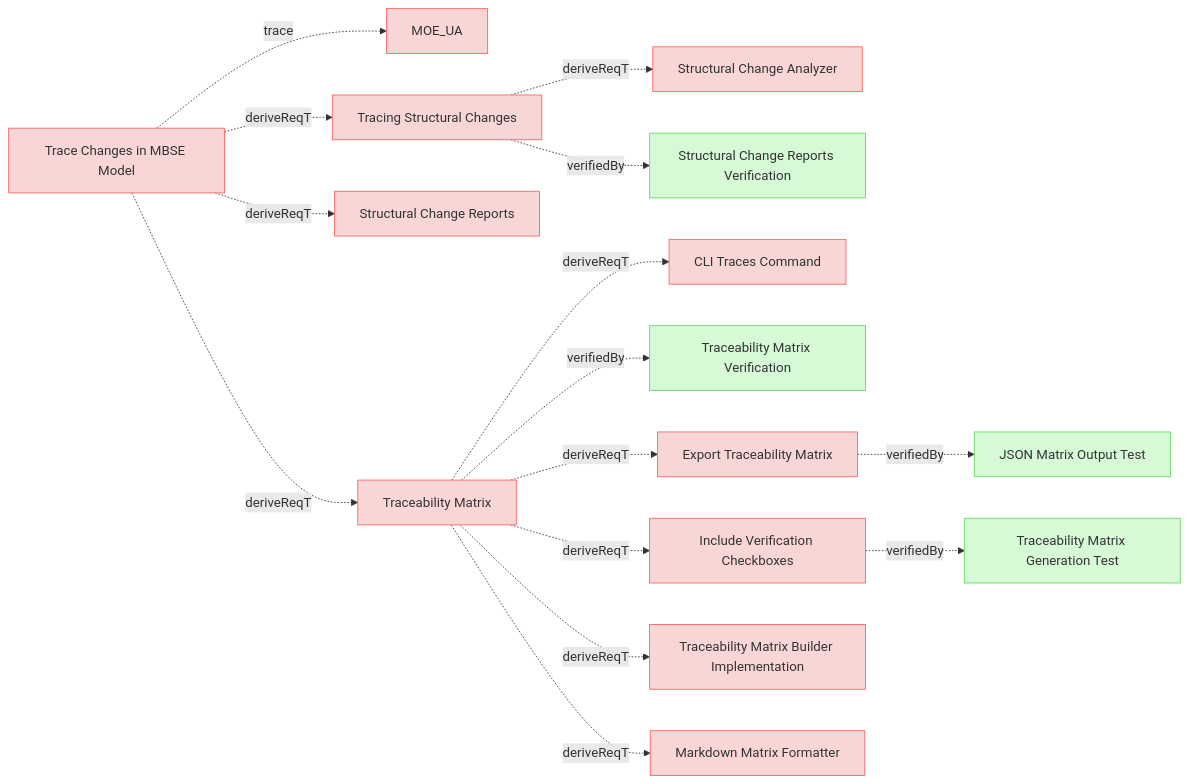
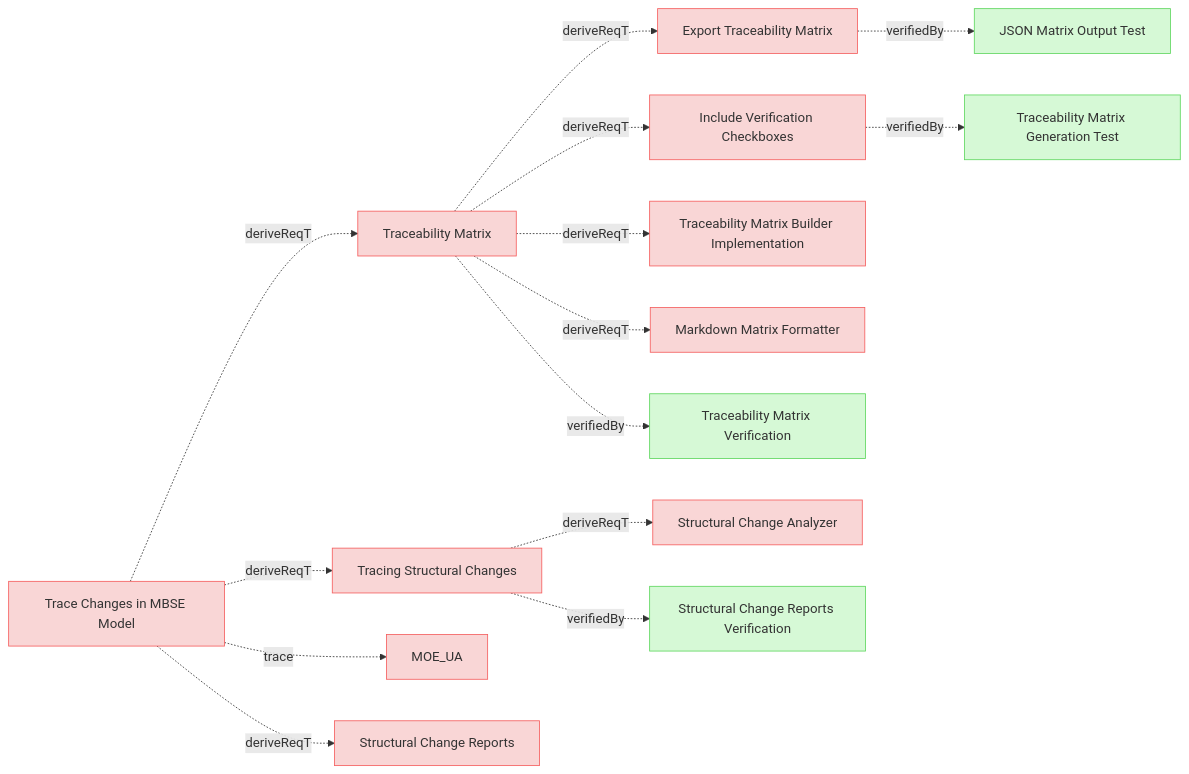
Before and after one commit to reqvire-org/reqvire: the sixth of 9 diagrams in specifications/UserRequirements.md, drawn with Mermaid. The commit also changed other lines of this file and 31 other files, not shown here.

````diff
--- a/specifications/UserRequirements.md
+++ b/specifications/UserRequirements.md
@@ -808,69 +824,65 @@
 ```mermaid
 graph LR;
   %% REQVIRE-AUTOGENERATED-DIAGRAM
   %% Graph styling
   classDef requirement fill:#f9d6d6,stroke:#f55f5f,stroke-width:1px;
   classDef verification fill:#d6f9d6,stroke:#5fd75f,stroke-width:1px;
   classDef externalLink fill:#d0e0ff,stroke:#3080ff,stroke-width:1px;
   classDef default fill:#f5f5f5,stroke:#333333,stroke-width:1px;
 
   7de9a55d6102af23["Export Traceability Matrix"];
   class 7de9a55d6102af23 requirement;
   click 7de9a55d6102af23 "UserRequirements.md#export-traceability-matrix";
   50c290277850dd17["JSON Matrix Output Test"];
   class 50c290277850dd17 verification;
   click 50c290277850dd17 "Verifications/TreacibilityMatrix.md#json-matrix-output-test";
   7de9a55d6102af23 -.->|verifiedBy| 50c290277850dd17;
   6d32b919c82784b7["Include Verification Checkboxes"];
   class 6d32b919c82784b7 requirement;
   click 6d32b919c82784b7 "UserRequirements.md#include-verification-checkboxes";
   aa85c85e7c41d899["Traceability Matrix Generation Test"];
   class aa85c85e7c41d899 verification;
   click aa85c85e7c41d899 "Verifications/TreacibilityMatrix.md#traceability-matrix-generation-test";
   6d32b919c82784b7 -.->|verifiedBy| aa85c85e7c41d899;
+  4e30ea0930dc9c26["Traceability Matrix"];
+  class 4e30ea0930dc9c26 requirement;
+  click 4e30ea0930dc9c26 "UserRequirements.md#traceability-matrix";
+  4e30ea0930dc9c26 -.->|deriveReqT| 7de9a55d6102af23;
+  4e30ea0930dc9c26 -.->|deriveReqT| 6d32b919c82784b7;
+  b55d8517cd3e58["Traceability Matrix Builder Implementation"];
+  class b55d8517cd3e58 requirement;
+  click b55d8517cd3e58 "SystemRequirements/Requirements.md#traceability-matrix-builder-implementation";
+  4e30ea0930dc9c26 -.->|deriveReqT| b55d8517cd3e58;
+  1b7491b67a792bc9["Markdown Matrix Formatter"];
+  class 1b7491b67a792bc9 requirement;
+  click 1b7491b67a792bc9 "SystemRequirements/Requirements.md#markdown-matrix-formatter";
+  4e30ea0930dc9c26 -.->|deriveReqT| 1b7491b67a792bc9;
+  11c3285e74c8d60b["Traceability Matrix Verification"];
+  class 11c3285e74c8d60b verification;
+  click 11c3285e74c8d60b "Verifications/ChangeImpactTests.md#traceability-matrix-verification";
+  4e30ea0930dc9c26 -.->|verifiedBy| 11c3285e74c8d60b;
   d7b7b13a5b8d96e1["Tracing Structural Changes"];
   class d7b7b13a5b8d96e1 requirement;
   click d7b7b13a5b8d96e1 "UserRequirements.md#tracing-structural-changes";
   d34d7e14d2a235a2["Structural Change Analyzer"];
   class d34d7e14d2a235a2 requirement;
   click d34d7e14d2a235a2 "SystemRequirements/Requirements.md#structural-change-analyzer";
   d7b7b13a5b8d96e1 -.->|deriveReqT| d34d7e14d2a235a2;
   b0e8adb6596a35e7["Structural Change Reports Verification"];
   class b0e8adb6596a35e7 verification;
   click b0e8adb6596a35e7 "Verifications/ChangeImpactTests.md#structural-change-reports-verification";
   d7b7b13a5b8d96e1 -.->|verifiedBy| b0e8adb6596a35e7;
-  4e30ea0930dc9c26["Traceability Matrix"];
-  class 4e30ea0930dc9c26 requirement;
-  click 4e30ea0930dc9c26 "UserRequirements.md#traceability-matrix";
-  5bfc0d5fd7bba25["CLI Traces Command"];
-  class 5bfc0d5fd7bba25 requirement;
-  click 5bfc0d5fd7bba25 "SystemRequirements/Requirements.md#cli-traces-command";
-  4e30ea0930dc9c26 -.->|deriveReqT| 5bfc0d5fd7bba25;
-  11c3285e74c8d60b["Traceability Matrix Verification"];
-  class 11c3285e74c8d60b verification;
-  click 11c3285e74c8d60b "Verifications/ChangeImpactTests.md#traceability-matrix-verification";
-  4e30ea0930dc9c26 -.->|verifiedBy| 11c3285e74c8d60b;
-  4e30ea0930dc9c26 -.->|deriveReqT| 7de9a55d6102af23;
-  4e30ea0930dc9c26 -.->|deriveReqT| 6d32b919c82784b7;
-  b55d8517cd3e58["Traceability Matrix Builder Implementation"];
-  class b55d8517cd3e58 requirement;
-  click b55d8517cd3e58 "SystemRequirements/Requirements.md#traceability-matrix-builder-implementation";
-  4e30ea0930dc9c26 -.->|deriveReqT| b55d8517cd3e58;
-  1b7491b67a792bc9["Markdown Matrix Formatter"];
-  class 1b7491b67a792bc9 requirement;
-  click 1b7491b67a792bc9 "SystemRequirements/Requirements.md#markdown-matrix-formatter";
-  4e30ea0930dc9c26 -.->|deriveReqT| 1b7491b67a792bc9;
   5ef9c8ae19a9f55a["Trace Changes in MBSE Model"];
   class 5ef9c8ae19a9f55a requirement;
   click 5ef9c8ae19a9f55a "UserStories.md#trace-changes-in-mbse-model";
   2c5f30f14e792200["MOE_UA"];
   class 2c5f30f14e792200 requirement;
   click 2c5f30f14e792200 "MOEs.md#moe_ua";
   5ef9c8ae19a9f55a -.->|trace| 2c5f30f14e792200;
-  5ef9c8ae19a9f55a -.->|deriveReqT| d7b7b13a5b8d96e1;
+  5ef9c8ae19a9f55a -.->|deriveReqT| 4e30ea0930dc9c26;
   1908501a80db5c46["Structural Change Reports"];
   class 1908501a80db5c46 requirement;
   click 1908501a80db5c46 "UserRequirements.md#structural-change-reports";
   5ef9c8ae19a9f55a -.->|deriveReqT| 1908501a80db5c46;
-  5ef9c8ae19a9f55a -.->|deriveReqT| 4e30ea0930dc9c26;
+  5ef9c8ae19a9f55a -.->|deriveReqT| d7b7b13a5b8d96e1;
 ```
````
